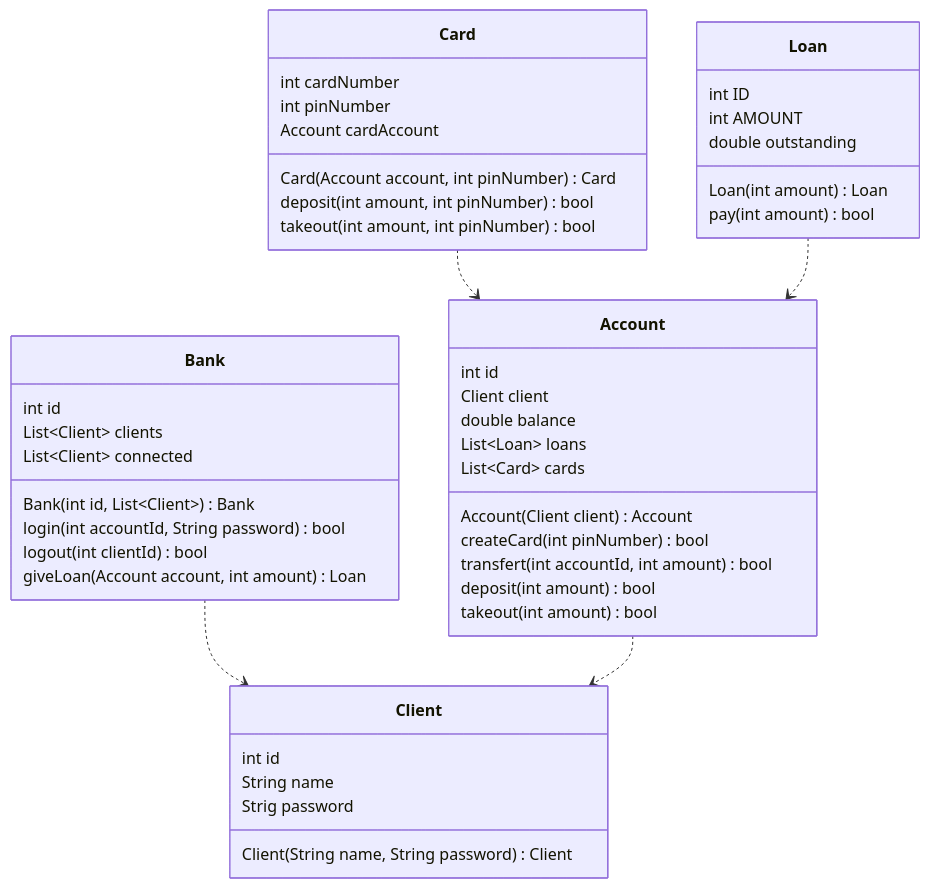
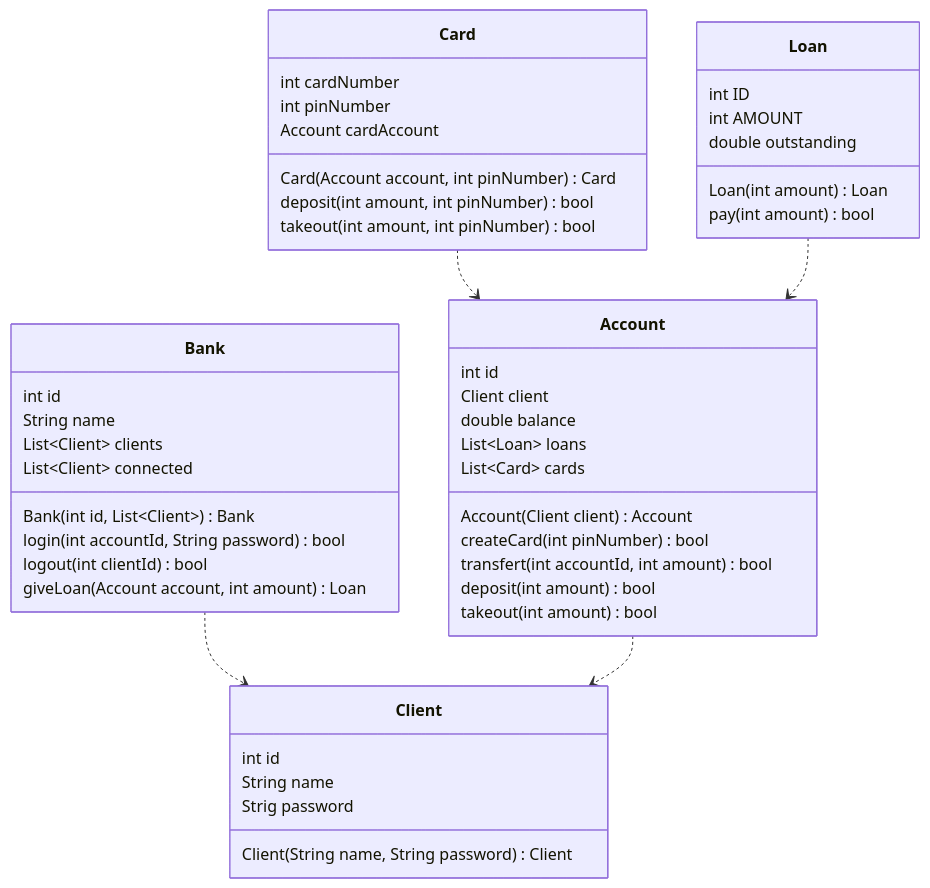
One commit to L-Clem/GitHooks changed the diagram in README.md. Above: the diagram before and after it, drawn with Mermaid.

````diff
--- a/README.md
+++ b/README.md
@@ -50,59 +50,60 @@
 ```mermaid
 classDiagram
     Bank ..> Client
     Account ..> Client
     Card ..> Account
     Loan ..> Account
 
     class Client{
         int id
         String name
         Strig password
 
         Client(String name, String password) Client
     }
 
     class Bank{
         int id
+        String name
         List~Client~ clients
         List~Client~ connected
 
         Bank(int id, List~Client~) Bank
         login(int accountId, String password) bool
         logout(int clientId) bool
         giveLoan(Account account, int amount) Loan
     }
 
     class Account{
         int id
         Client client
         double balance
         List~Loan~ loans
         List~Card~ cards
 
         Account(Client client) Account
         createCard(int pinNumber) bool
         transfert(int accountId, int amount) bool
         deposit(int amount) bool
         takeout(int amount) bool
     }
 
     class Card{
         int cardNumber
         int pinNumber
         Account cardAccount
 
         Card(Account account, int pinNumber) Card
         deposit(int amount, int pinNumber) bool
         takeout(int amount, int pinNumber) bool
     }
 
     class Loan{
         int ID
         int AMOUNT
         double outstanding
 
         Loan(int amount) Loan
         pay(int amount) bool
     }
 ```
````
